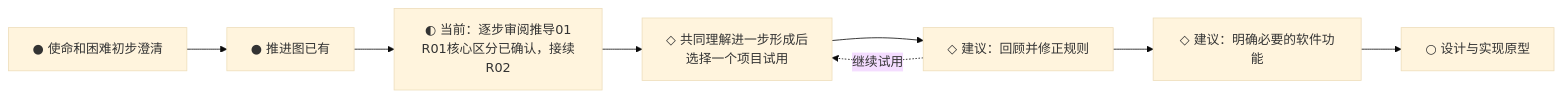
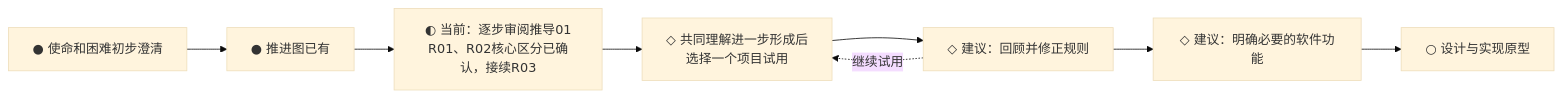
Before and after one commit to fangjiaqi2023-jpg/life-flywheel: the second of 2 diagrams in 项目/人生飞轮/项目推进图.md, drawn with Mermaid (base theme). The commit also changed other lines of this file, not shown here.

````diff
--- a/项目/人生飞轮/项目推进图.md
+++ b/项目/人生飞轮/项目推进图.md
@@ -38,10 +38,10 @@
 ```mermaid
 flowchart LR
     P0[● 使命和困难初步澄清] --> P1[● 推进图已有]
-    P1 --> P2[◐ 当前：逐步审阅推导01<br/>R01核心区分已确认，接续R02]
+    P1 --> P2[◐ 当前：逐步审阅推导01<br/>R01、R02核心区分已确认，接续R03]
     P2 --> P3[◇ 共同理解进一步形成后<br/>选择一个项目试用]
     P3 --> P4[◇ 建议：回顾并修正规则]
     P4 --> P5[◇ 建议：明确必要的软件功能]
     P5 --> P6[○ 设计与实现原型]
     P4 -.继续试用.-> P3
 ```
````
